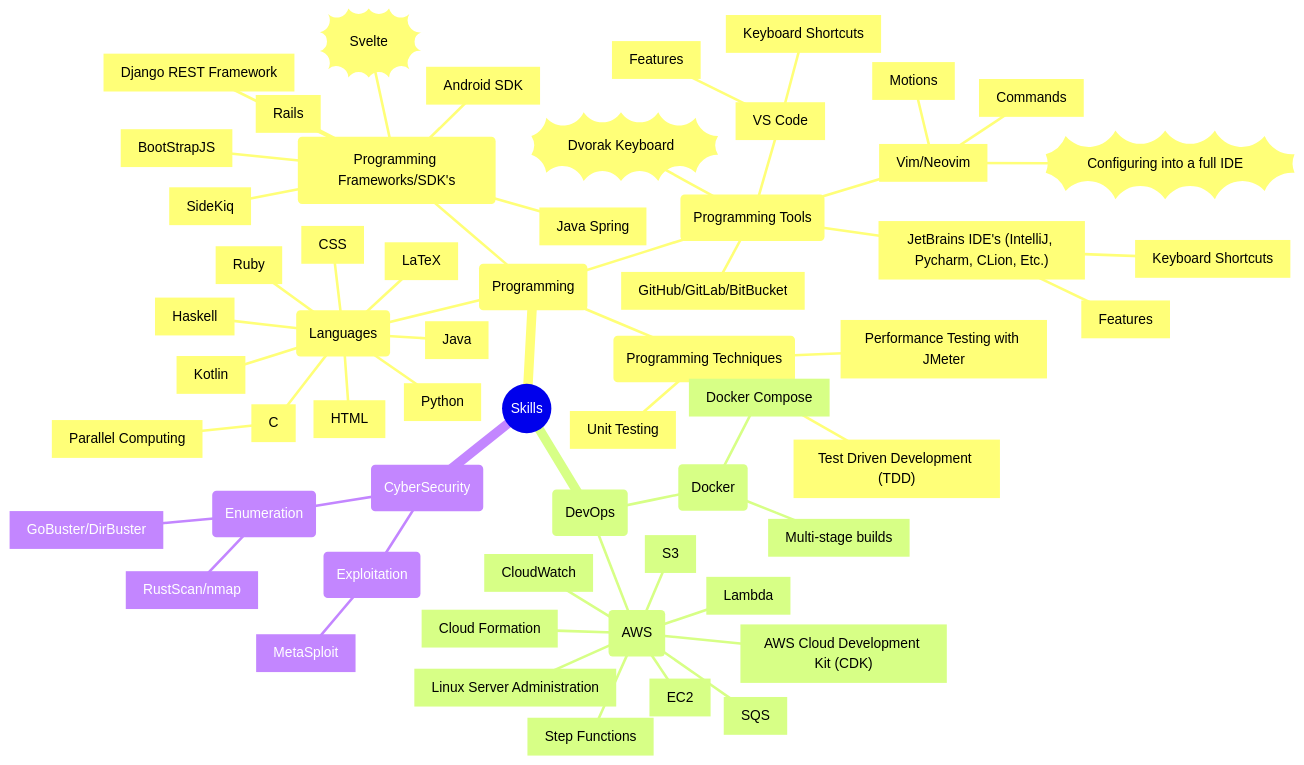
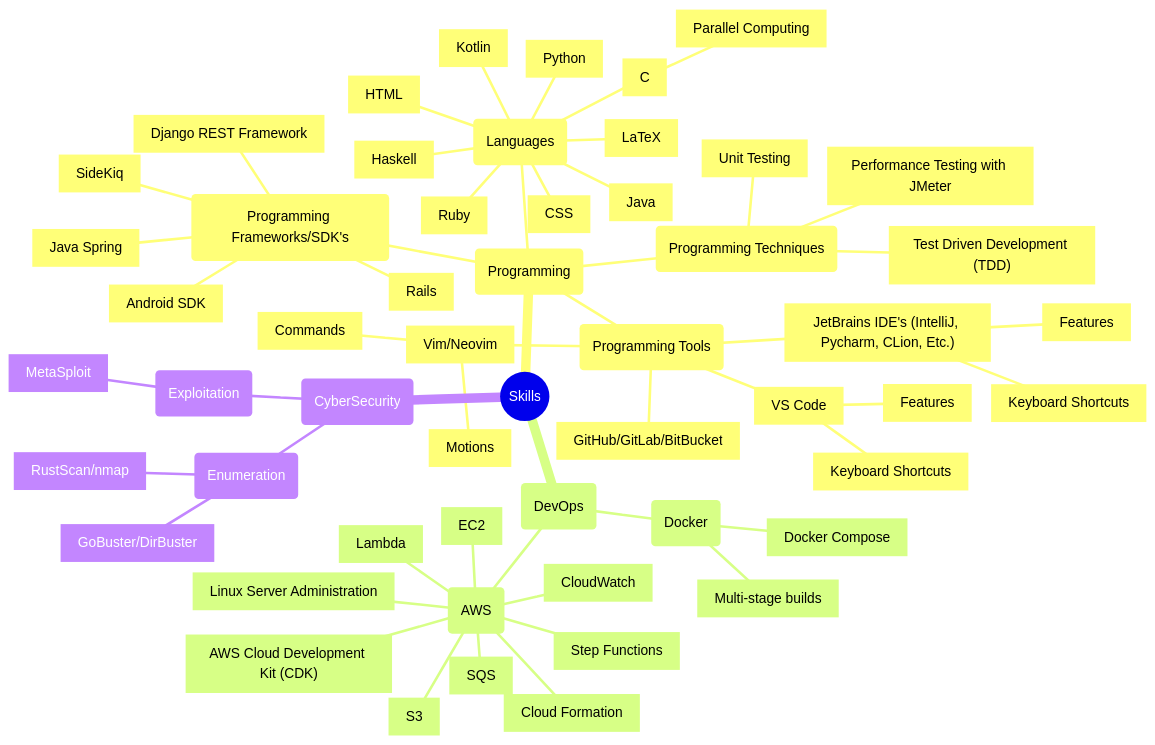
One commit to Russell-Waterhouse/skill-tree changed the first of 2 diagrams in README.md. Above: the diagram before and after it, drawn with Mermaid.

Commit message:
Update README.md (remove cruft)

````diff
--- a/README.md
+++ b/README.md
@@ -7,63 +7,59 @@
 ```mermaid
 mindmap
     root((Skills))
         (Programming)
             (Languages)
                 [Java]
                 [C]
                     [Parallel Computing]
                 [Python]
                 [Ruby]
                 [Haskell]
                 [HTML]
                 [Kotlin]
                 [CSS]
                 [LaTeX]
             (Programming Frameworks/SDK's)
                 [Android SDK]
                 [Rails]
                 [SideKiq]
                 [Django REST Framework]
                 [Java Spring]
-                [BootStrapJS]
-                ))Svelte((
             (Programming Tools)
                 [Vim/Neovim]
                     [Motions]
                     [Commands]
-                    ))Configuring into a full IDE((
                 [VS Code]
                     [Features]
                     [Keyboard Shortcuts]
                 ["JetBrains IDE's (IntelliJ, Pycharm, CLion, Etc.)"]
                     [Features]
                     [Keyboard Shortcuts]
                 ["GitHub/GitLab/BitBucket"]
-                ))Dvorak Keyboard((
             (Programming Techniques)
                 ["Test Driven Development (TDD)"]
                 [Performance Testing with JMeter]
                 ["Unit Testing"]
         (DevOps)
             (Docker)
                 [Multi-stage builds]
                 [Docker Compose]
             (AWS)
                 ["AWS Cloud Development Kit (CDK)"]
                 [S3]
                 [Step Functions]
                 [Lambda]
                 [Cloud Formation]
                 [SQS]
                 [CloudWatch]
                 [EC2]
                 [Linux Server Administration]
         (CyberSecurity)
             (Enumeration)
                 ["RustScan/nmap"]
                 ["GoBuster/DirBuster"]
             (Exploitation)
                 [MetaSploit]
 
 
 ```
````
